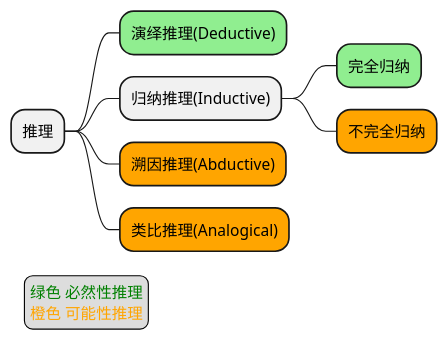
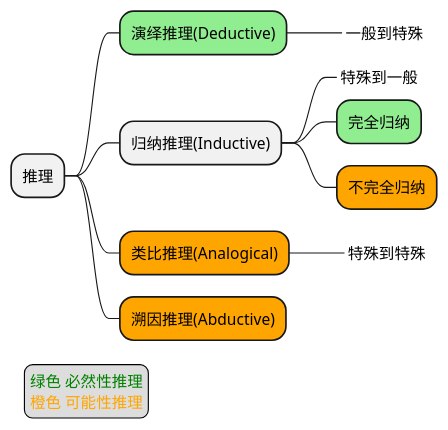
Before and after one commit to holmofy/blog.hufeifei.cn: the first of 5 diagrams in source/_posts/logic/logic.md, drawn with PlantUML.

````diff
--- a/source/_posts/logic/logic.md
+++ b/source/_posts/logic/logic.md
@@ -12,15 +12,18 @@
 ```plantuml
 @startmindmap
 * 推理
 **[#LightGreen] 演绎推理(Deductive)
+***_ 一般到特殊
 ** 归纳推理(Inductive)
+***_ 特殊到一般
 ***[#LightGreen] 完全归纳
 ***[#Orange] 不完全归纳
+**[#Orange] 类比推理(Analogical)
+***_ 特殊到特殊
 **[#Orange] 溯因推理(Abductive)
-**[#Orange] 类比推理(Analogical)
 legend left
   <font color="green">绿色 必然性推理</font>
   <font color="orange">橙色 可能性推理</font>
 endlegend
 @endmindmap
 ```
````
